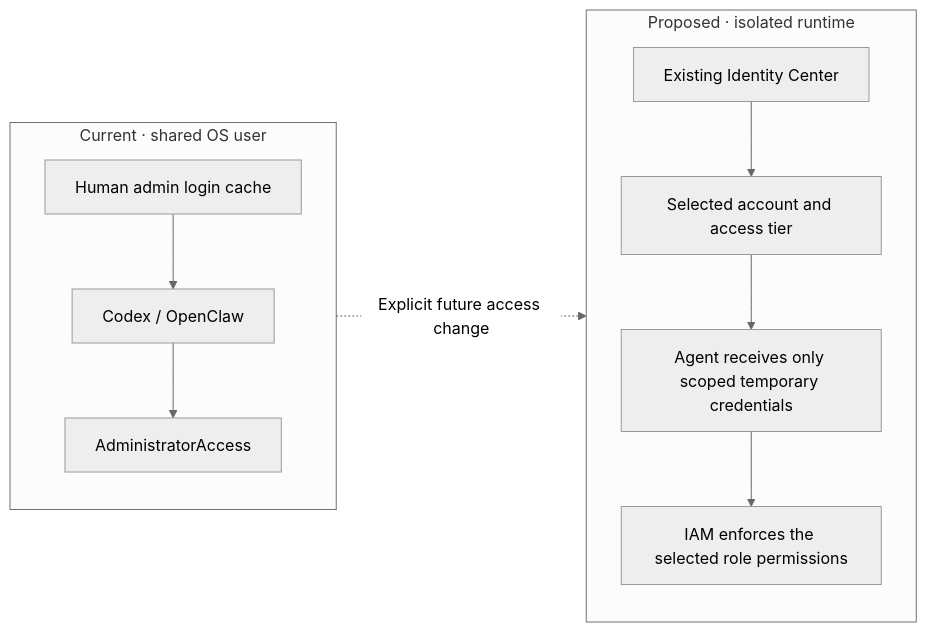
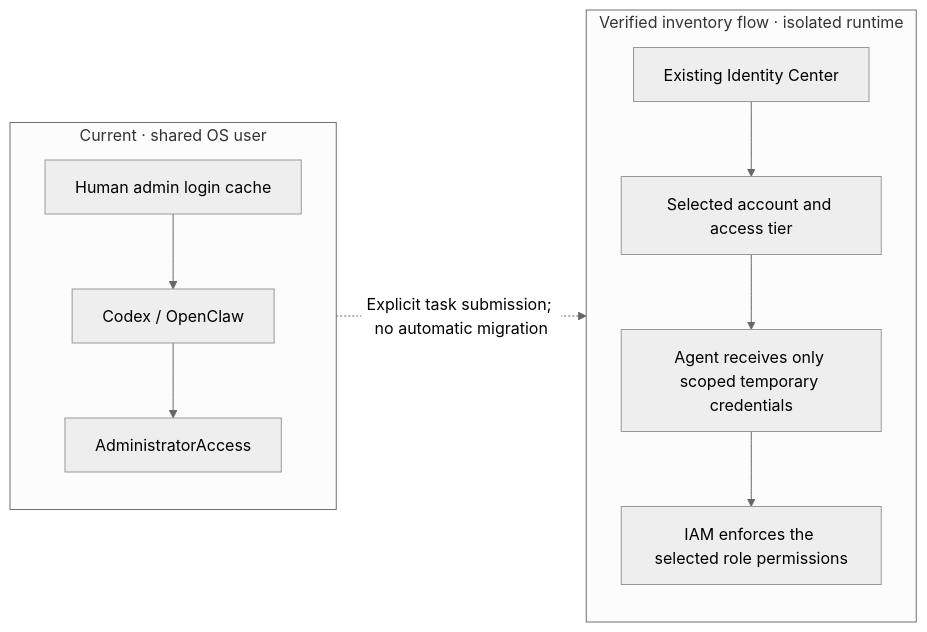
Before and after one commit to cambridgetcg/aws-infra: the diagram in docs/AGENT_ACCESS.md, drawn with Mermaid (neutral theme). The commit also changed other lines of this file and 9 other files, not shown here.

Commit message:
Record verified isolated AWS inventory flow

````diff
--- a/docs/AGENT_ACCESS.md
+++ b/docs/AGENT_ACCESS.md
@@ -85,13 +92,13 @@
 ```mermaid
 flowchart LR
   subgraph Current["Current · shared OS user"]
     Human["Human admin login cache"] --> Agents["Codex / OpenClaw"]
     Agents --> Admin["AdministratorAccess"]
   end
-  subgraph Target["Proposed · isolated runtime"]
+  subgraph Target["Verified inventory flow · isolated runtime"]
     SSO["Existing Identity Center"] --> Session["Selected account and access tier"]
     Session --> Runtime["Agent receives only scoped temporary credentials"]
     Runtime --> IAM["IAM enforces the selected role permissions"]
   end
-  Current -. "Explicit future access change" .-> Target
+  Current -. "Explicit task submission; no automatic migration" .-> Target
 ```
````
